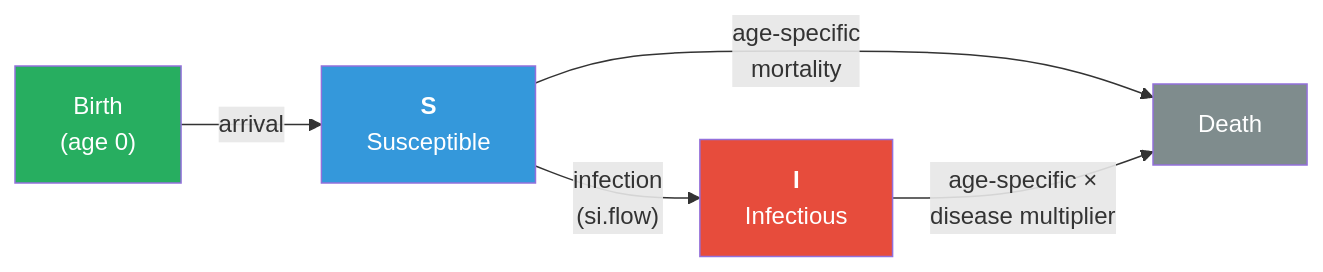
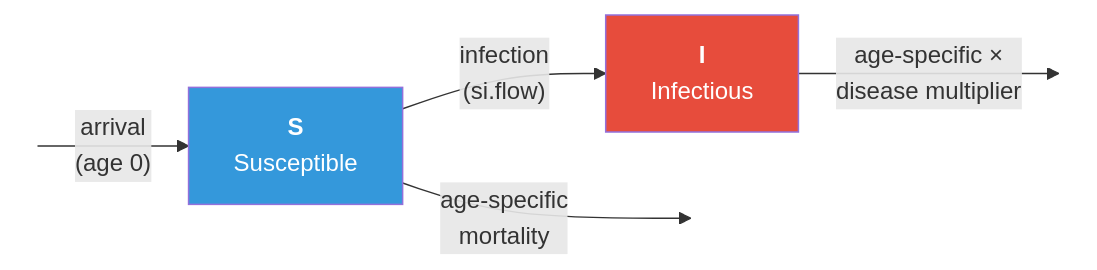
The diagram in 2018-08-SIwithVitalDynamics/README.md (EpiModel/EpiModel-Gallery), drawn with Mermaid before and after one commit.

````diff
--- a/2018-08-SIwithVitalDynamics/README.md
+++ b/2018-08-SIwithVitalDynamics/README.md
@@ -22,12 +22,13 @@
 ```mermaid
 flowchart LR
-    Birth["Birth<br/>(age 0)"] -->|"arrival"| S
+    in(( )) -->|"arrival<br/>(age 0)"| S
     S["<b>S</b><br/>Susceptible"] -->|"infection<br/>(si.flow)"| I["<b>I</b><br/>Infectious"]
-    S -->|"age-specific<br/>mortality"| Death["Death"]
-    I -->|"age-specific ×<br/>disease multiplier"| Death
+    S -->|"age-specific<br/>mortality"| out1(( ))
+    I -->|"age-specific ×<br/>disease multiplier"| out2(( ))
 
     style S fill:#3498db,color:#fff
     style I fill:#e74c3c,color:#fff
-    style Birth fill:#27ae60,color:#fff
-    style Death fill:#7f8c8d,color:#fff
+    style in fill:none,stroke:none
+    style out1 fill:none,stroke:none
+    style out2 fill:none,stroke:none
 ```
````
